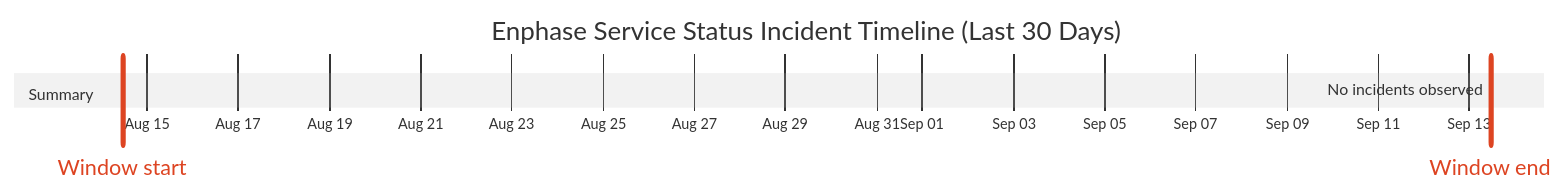
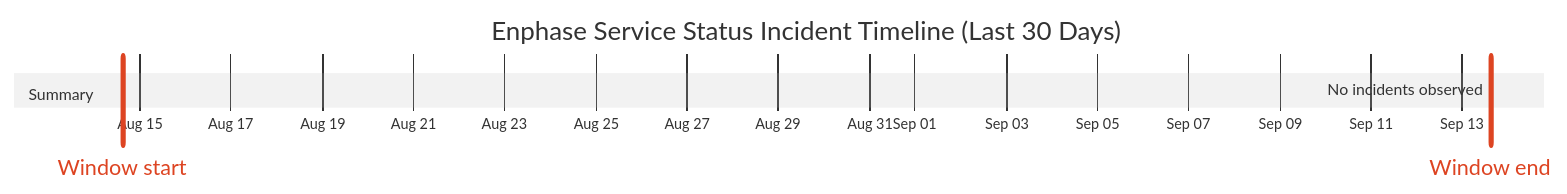
One commit to barneyonline/ha-enphase-energy changed the diagram in wiki/Service-Status-History.md. Above: the diagram before and after it, drawn with Mermaid (neutral theme). The commit also changed other lines of this file and 3 other files, not shown here.

````diff
--- a/wiki/Service-Status-History.md
+++ b/wiki/Service-Status-History.md
@@ -14,10 +14,10 @@
 ```mermaid
 gantt
     title Enphase Service Status Incident Timeline (Last 30 Days)
     dateFormat  YYYY-MM-DDTHH:mm:ss
     axisFormat  %b %d
-    Window start :vert, window-start, 2026-08-14T11:07:16, 0ms
-    Window end :vert, window-end, 2026-09-13T11:07:16, 0ms
+    Window start :vert, window-start, 2026-08-14T14:58:03, 0ms
+    Window end :vert, window-end, 2026-09-13T14:58:03, 0ms
     section Summary
-    No incidents observed :done, 2026-09-13T11:07:16, 1m
+    No incidents observed :done, 2026-09-13T14:58:03, 1m
 ```
````
